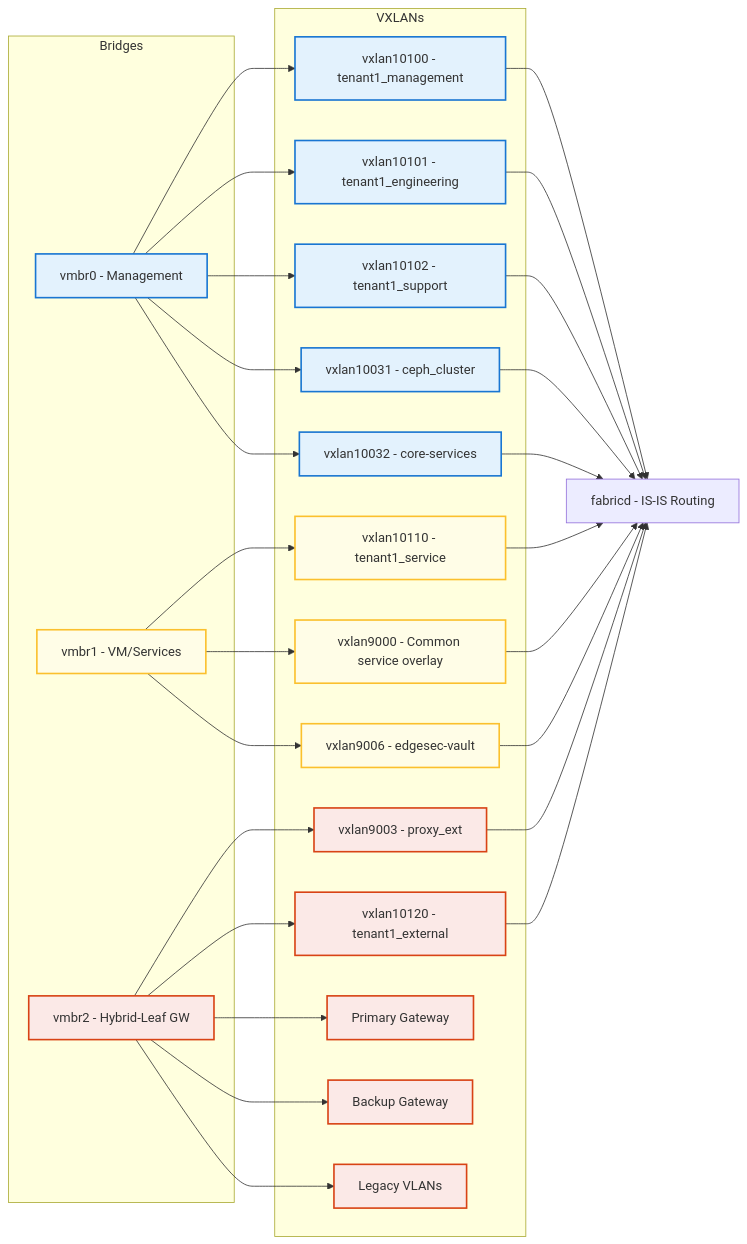
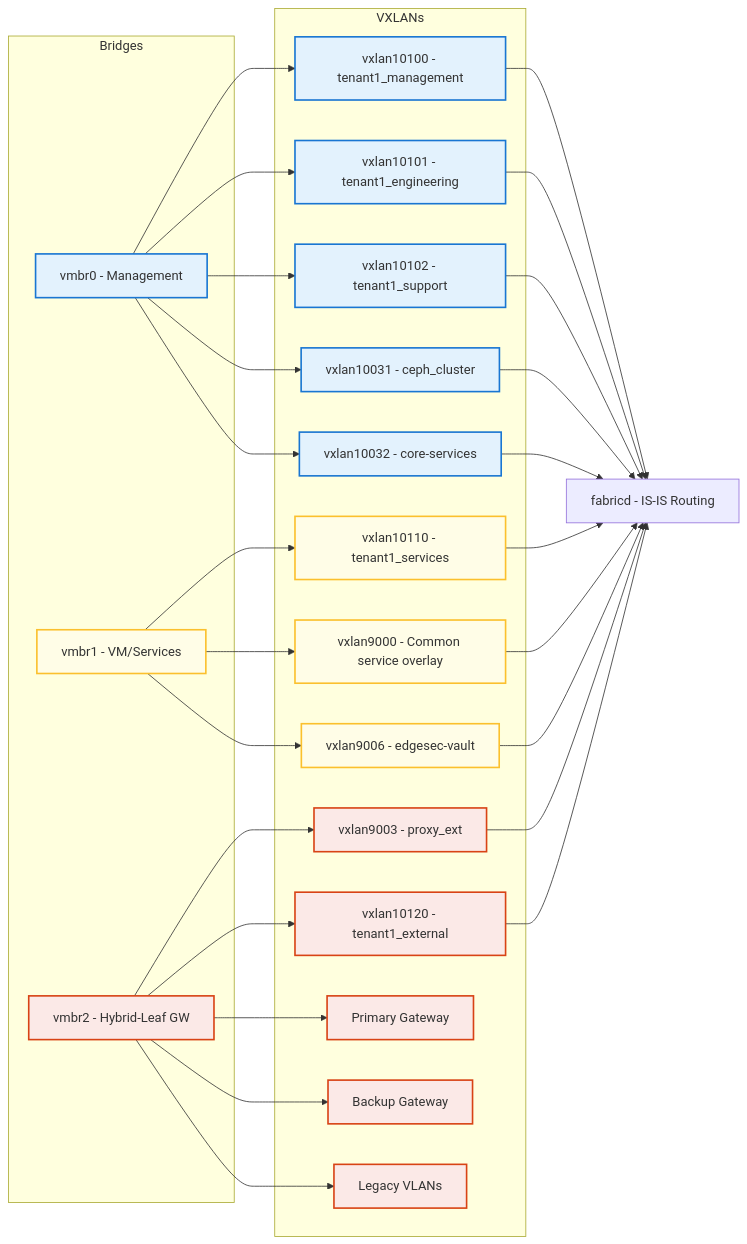
One commit to CEP-Comwell/proxmox_addons changed the first of 4 diagrams in README.md. Above: the diagram before and after it, drawn with Mermaid. The commit also changed other lines of this file, not shown here.

````diff
--- a/README.md
+++ b/README.md
@@ -18,55 +18,55 @@
 ```mermaid
 graph LR
 subgraph Bridges
 	MgmtBridge[vmbr0 - Management]
 	VMBridge[vmbr1 - VM/Services]
 	ExtBridge[vmbr2 - Hybrid-Leaf GW]
 end
 subgraph VXLANs
 	VX10100[vxlan10100 - tenant1_management]
 	VX10101[vxlan10101 - tenant1_engineering]
 	VX10102[vxlan10102 - tenant1_support]
 	VXCEPH2[vxlan10031 - ceph_cluster]
 	VX10032[vxlan10032 - core-services]
-	VX10110[vxlan10110 - tenant1_service]
+	VX10110[vxlan10110 - tenant1_services]
 	VX9000[vxlan9000 - Common service overlay]
 	VX9006[vxlan9006 - edgesec-vault]
 	VX9003[vxlan9003 - proxy_ext]
 	VX10120[vxlan10120 - tenant1_external]
 	Gateway1[Primary Gateway]
 	Gateway2[Backup Gateway]
 	LegacyVLAN[Legacy VLANs]
 end
 Fabricd[fabricd - IS-IS Routing]
 MgmtBridge --> VX10100
 MgmtBridge --> VX10101
 MgmtBridge --> VX10102
 MgmtBridge --> VXCEPH2
 MgmtBridge --> VX10032
 VMBridge --> VX10110
 VMBridge --> VX9000
 VMBridge --> VX9006
 ExtBridge --> VX9003
 ExtBridge --> VX10120
 ExtBridge --> Gateway1
 ExtBridge --> Gateway2
 ExtBridge --> LegacyVLAN
 VX10100 --> Fabricd
 VX10101 --> Fabricd
 VX10102 --> Fabricd
 VX10110 --> Fabricd
 VX9000 --> Fabricd
 VX9006 --> Fabricd
 VX9003 --> Fabricd
 VX10120 --> Fabricd
 VXCEPH2 --> Fabricd
 VX10032 --> Fabricd
 
 %% Color coding
 classDef mgmt fill:#e3f2fd,stroke:#1976d2,stroke-width:2px;
 classDef vm fill:#fffde7,stroke:#fbc02d,stroke-width:2px;
 classDef ext fill:#fbe9e7,stroke:#d84315,stroke-width:2px;
 class MgmtBridge,VX10100,VX10101,VX10102,VXCEPH2,VX10032 mgmt;
 class VMBridge,VX10110,VX9000,VX9006 vm;
 class ExtBridge,Gateway1,Gateway2,LegacyVLAN,VX9003,VX10120 ext;
 ```
````
